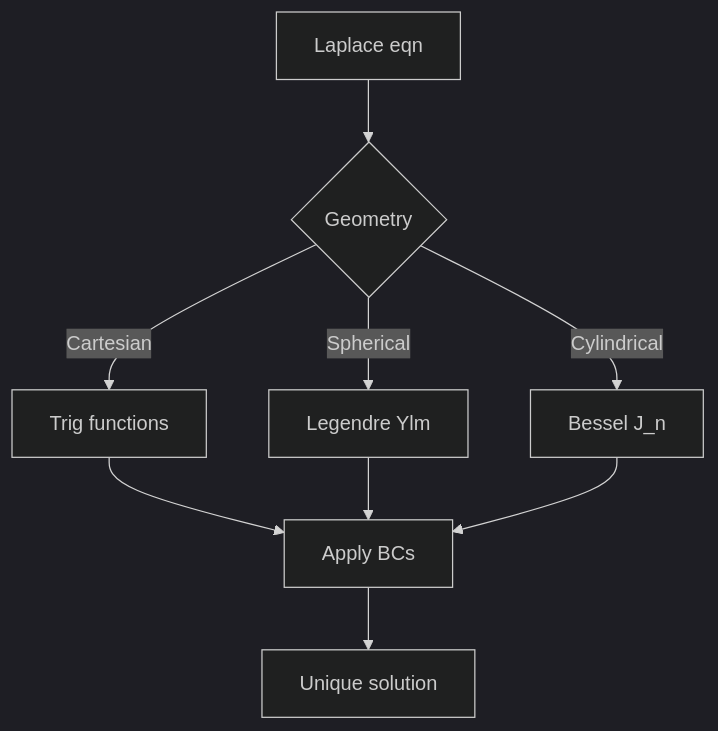
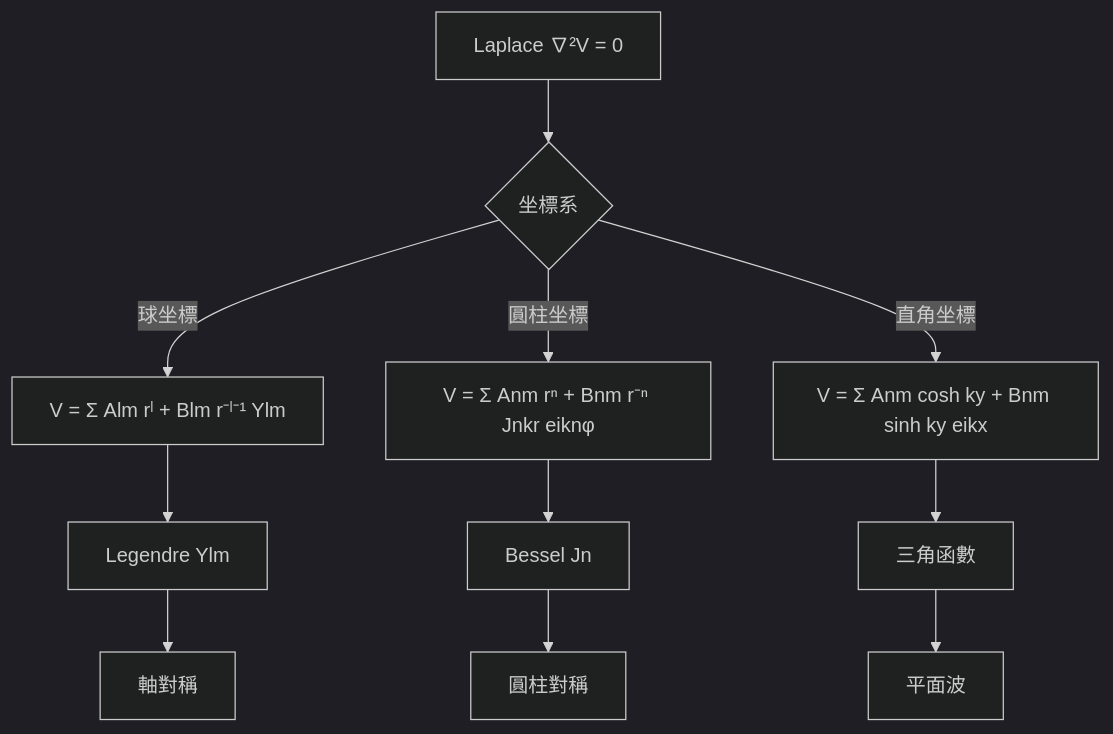
Before and after one commit to yip-lgtm/PhysicsSelfStudy: the seventh of 10 diagrams in 01_BSc_Physics/electives/PHYS_3053_Honors_Electricity_Magnetism_I/README.md, drawn with Mermaid (dark theme). The commit also changed other lines of this file and 21 other files, not shown here.

````diff
--- a/01_BSc_Physics/electives/PHYS_3053_Honors_Electricity_Magnetism_I/README.md
+++ b/01_BSc_Physics/electives/PHYS_3053_Honors_Electricity_Magnetism_I/README.md
@@ -124,11 +548,13 @@
 ```mermaid
 graph TD
-    A[Laplace eqn] --> B{Geometry}
-    B -->|Cartesian| C[Trig functions]
-    B -->|Spherical| D[Legendre Ylm]
-    B -->|Cylindrical| E[Bessel J_n]
-    C --> F[Apply BCs]
-    D --> F
-    E --> F
-    F --> G[Unique solution]
+    A[Laplace ∇²V = 0] --> B{坐標系}
+    B -->|球坐標| C[V = Σ Alm rˡ + Blm r⁻ˡ⁻¹ Ylm]
+    B -->|圓柱坐標| D[V = Σ Anm rⁿ + Bnm r⁻ⁿ Jnkr eiknφ]
+    B -->|直角坐標| E[V = Σ Anm cosh ky + Bnm sinh ky eikx]
+    C --> F[Legendre Ylm]
+    D --> G[Bessel Jn]
+    E --> H[三角函數]
+    F --> I[軸對稱]
+    G --> J[圓柱對稱]
+    H --> K[平面波]
 ```
````
